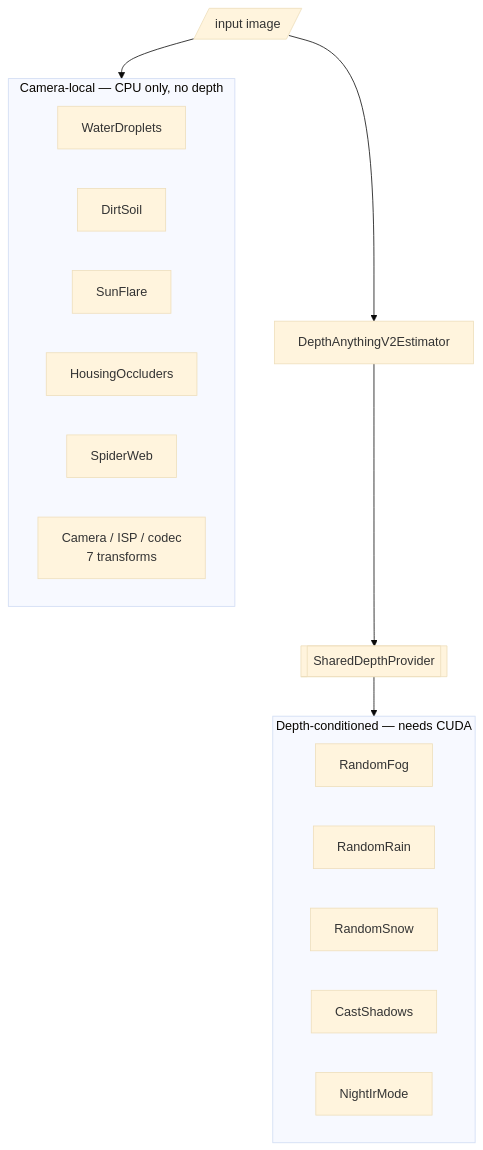
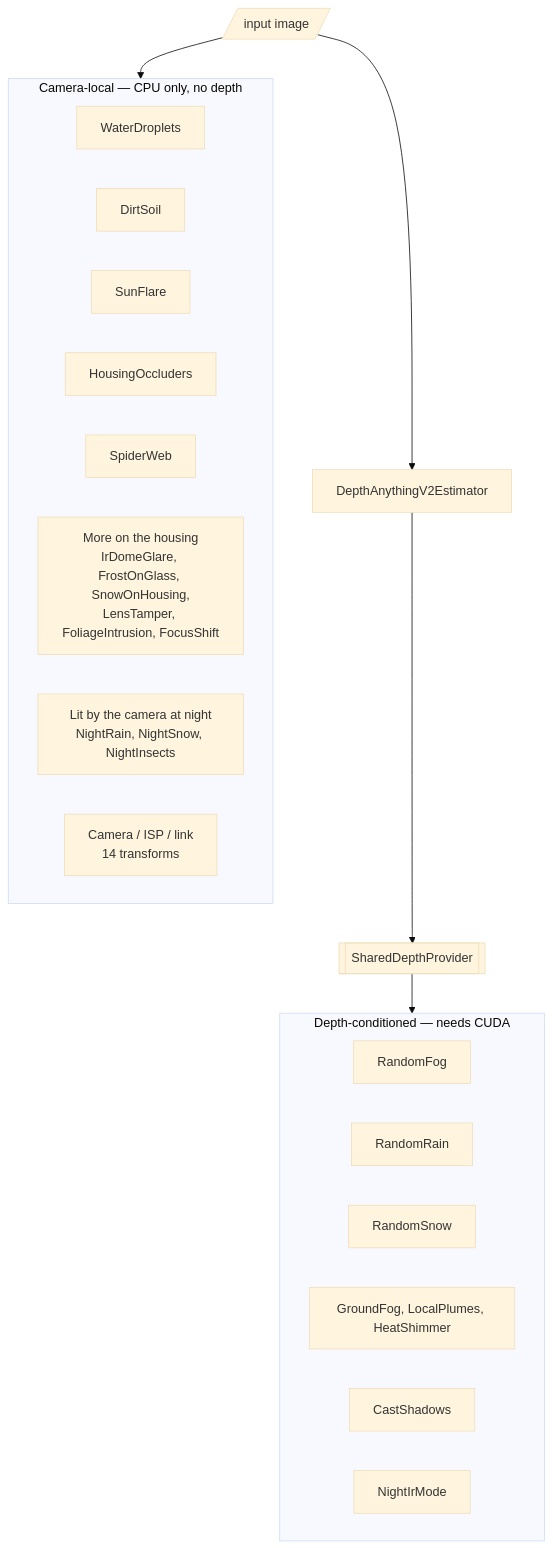
One commit to desmoteo/surmentations changed the first of 19 diagrams in docs/how_it_works.md. Above: the diagram before and after it, drawn with Mermaid (base theme). The commit also changed other lines of this file and 14 other files, not shown here.

````diff
--- a/docs/how_it_works.md
+++ b/docs/how_it_works.md
@@ -19,22 +19,25 @@
 ```mermaid
 flowchart TD
     subgraph depthless["Camera-local — CPU only, no depth"]
         WD[WaterDroplets]
         DS[DirtSoil]
         SF[SunFlare]
         HO[HousingOccluders]
         SW[SpiderWeb]
-        CAM["Camera / ISP / codec<br/>7 transforms"]
+        ON["More on the housing<br/>IrDomeGlare, FrostOnGlass, SnowOnHousing,<br/>LensTamper, FoliageIntrusion, FocusShift"]
+        LIT["Lit by the camera at night<br/>NightRain, NightSnow, NightInsects"]
+        CAM["Camera / ISP / link<br/>14 transforms"]
     end
     subgraph depthful["Depth-conditioned — needs CUDA"]
         FOG[RandomFog]
         RAIN[RandomRain]
         SNOW[RandomSnow]
+        AIR["GroundFog, LocalPlumes, HeatShimmer"]
         CS[CastShadows]
         IR[NightIrMode]
     end
     IMG[/input image/] --> EST["DepthAnythingV2Estimator"]
     EST --> PROV[[SharedDepthProvider]]
     PROV --> depthful
     IMG --> depthless
 ```
````
